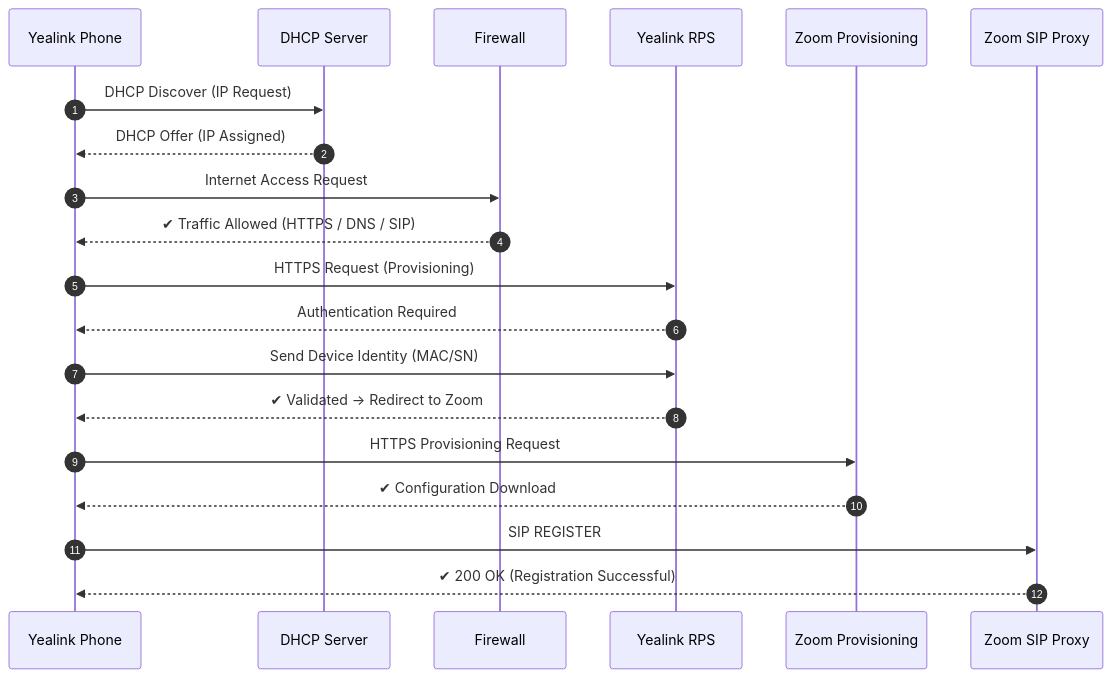
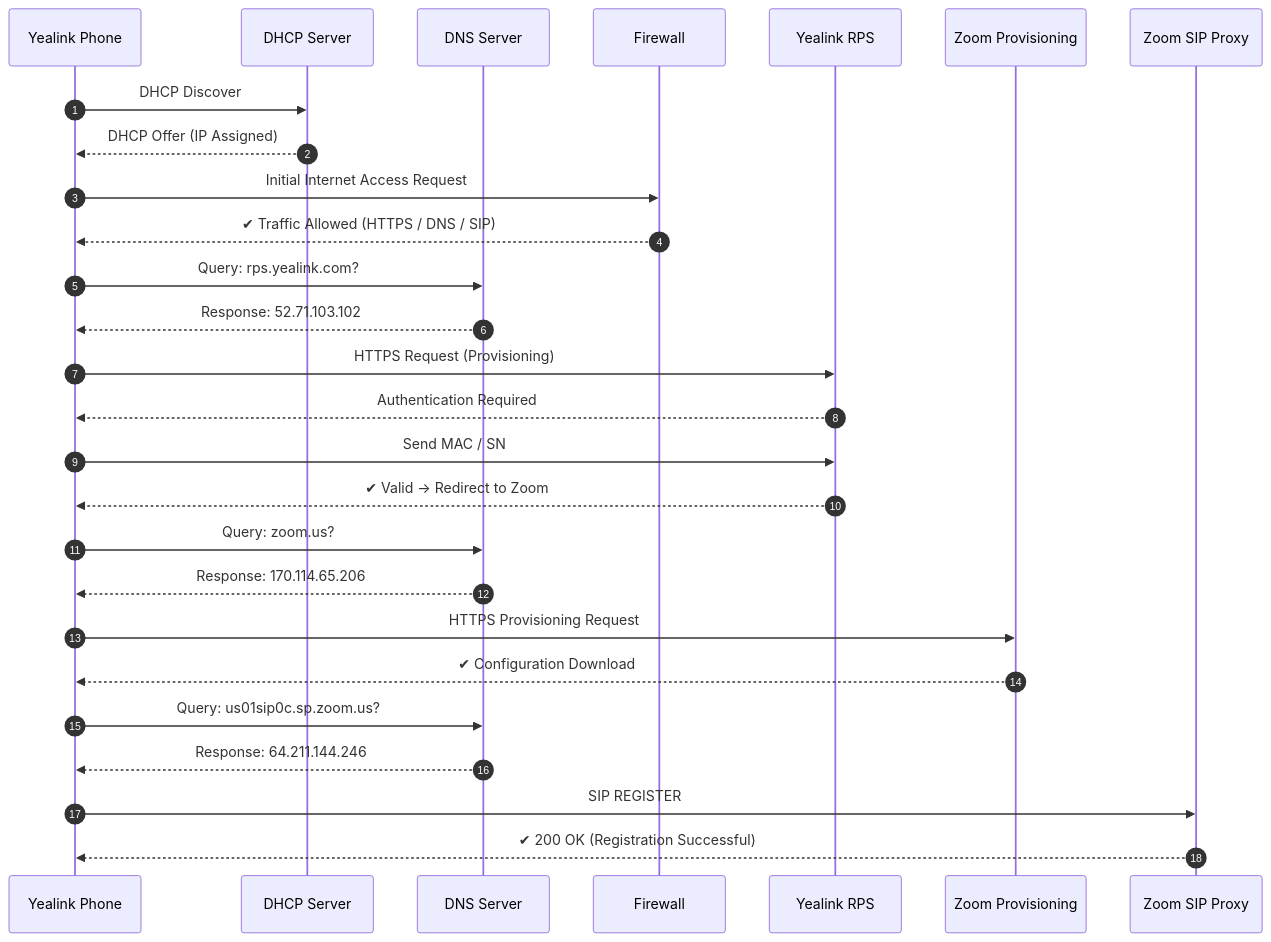
One commit to jsebasmontanez-hub/Laboratorio-zoom changed the diagram in readme.md. Above: the diagram before and after it, drawn with Mermaid. The commit also changed other lines of this file, not shown here.

````diff
--- a/readme.md
+++ b/readme.md
@@ -12,28 +11,46 @@
-```mermaid
+```mermaid id="finalpro1"
 sequenceDiagram
     autonumber
     participant T as Yealink Phone
     participant D as DHCP Server
+    participant DNS as DNS Server
     participant F as Firewall
     participant R as Yealink RPS
     participant Z as Zoom Provisioning
     participant P as Zoom SIP Proxy
 
-    T->>D: DHCP Discover (IP Request)
+    %% DHCP
+    T->>D: DHCP Discover
     D-->>T: DHCP Offer (IP Assigned)
 
-    T->>F: Internet Access Request
+    %% Firewall validation (once)
+    T->>F: Initial Internet Access Request
     F-->>T: ✔ Traffic Allowed (HTTPS / DNS / SIP)
 
+    %% DNS RPS
+    T->>DNS: Query: rps.yealink.com?
+    DNS-->>T: Response: 52.71.103.102
+
+    %% RPS
     T->>R: HTTPS Request (Provisioning)
     R-->>T: Authentication Required
 
-    T->>R: Send Device Identity (MAC/SN)
-    R-->>T: ✔ Validated → Redirect to Zoom
+    T->>R: Send MAC / SN
+    R-->>T: ✔ Valid → Redirect to Zoom
 
+    %% DNS Zoom
+    T->>DNS: Query: zoom.us?
+    DNS-->>T: Response: 170.114.65.206
+
+    %% Zoom Provisioning
     T->>Z: HTTPS Provisioning Request
     Z-->>T: ✔ Configuration Download
 
+    %% DNS SIP
+    T->>DNS: Query: us01sip0c.sp.zoom.us?
+    DNS-->>T: Response: 64.211.144.246
+
+    %% SIP Register
     T->>P: SIP REGISTER
     P-->>T: ✔ 200 OK (Registration Successful)
 ```
````
